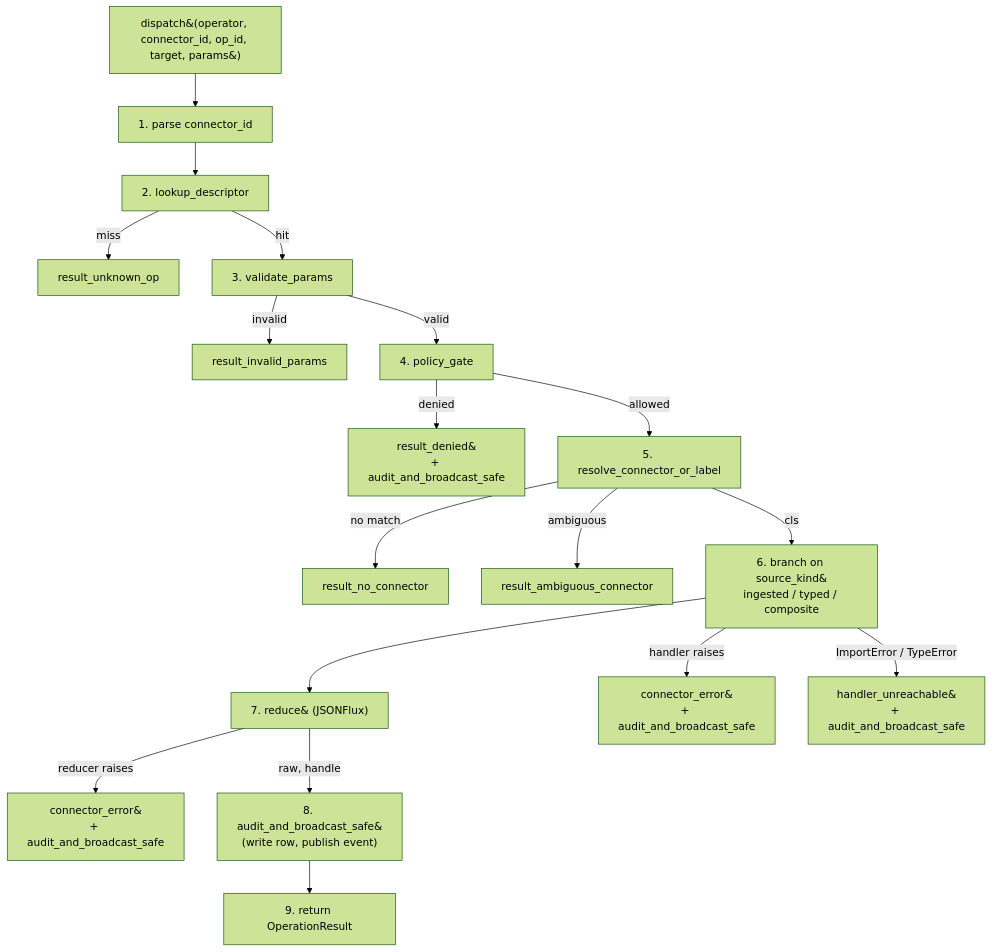
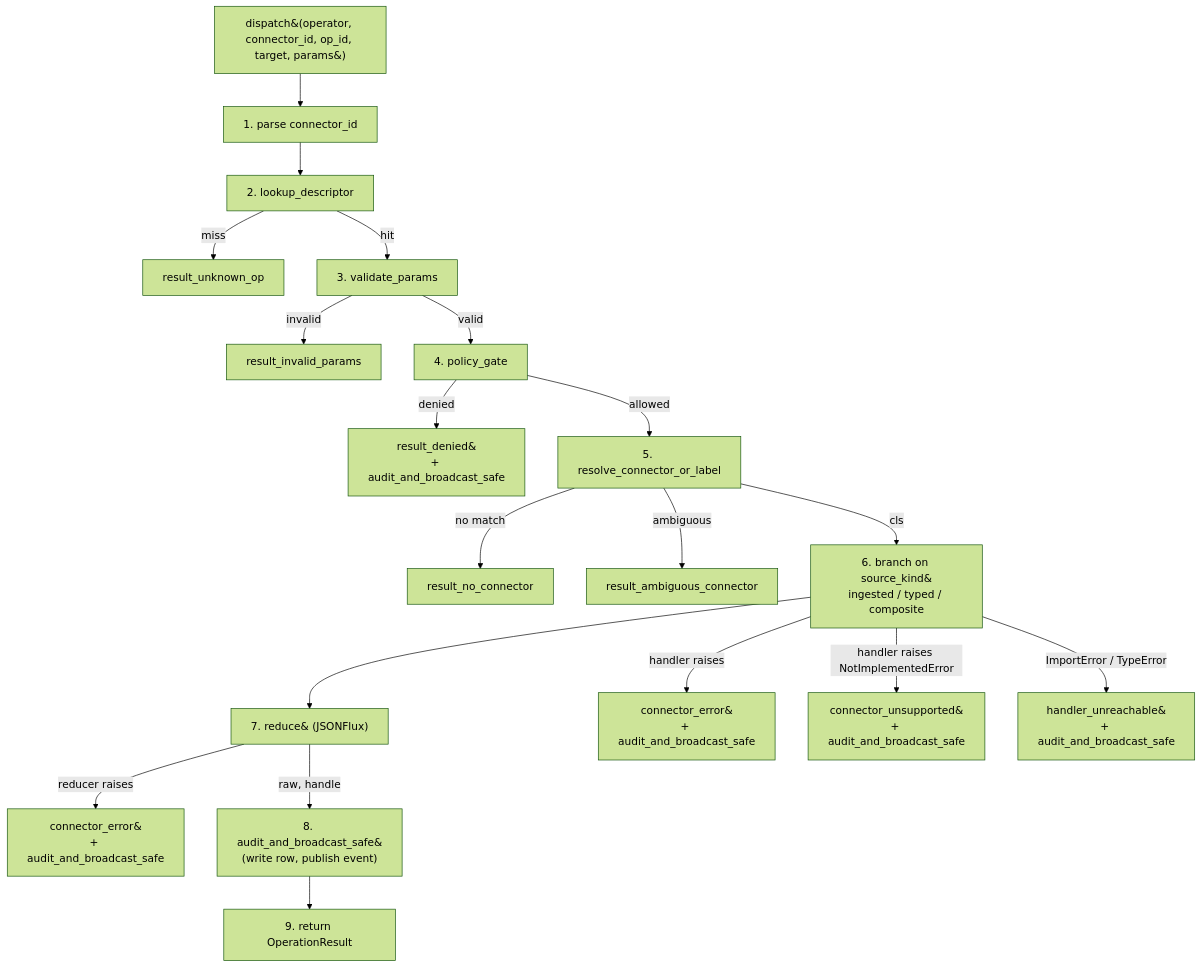
One commit to evoila/meho changed the diagram in docs/architecture/operations-substrate.md. Above: the diagram before and after it, drawn with Mermaid (forest theme). The commit also changed other lines of this file and 5 other files, not shown here.

````diff
--- a/docs/architecture/operations-substrate.md
+++ b/docs/architecture/operations-substrate.md
@@ -190,20 +190,21 @@
 ```mermaid
 flowchart TD
     A[dispatch&#40;operator, connector_id, op_id, target, params&#41;] --> B[1. parse connector_id]
     B --> C[2. lookup_descriptor]
     C -->|miss| Z1[result_unknown_op]
     C -->|hit| D[3. validate_params]
     D -->|invalid| Z2[result_invalid_params]
     D -->|valid| E[4. policy_gate]
     E -->|denied| Z3["result_denied&#10;+ audit_and_broadcast_safe"]
     E -->|allowed| F["5. resolve_connector_or_label"]
     F -->|no match| Z4[result_no_connector]
     F -->|ambiguous| Z4a[result_ambiguous_connector]
     F -->|cls| G["6. branch on source_kind&#10;ingested / typed / composite"]
     G --> H["7. reduce&#10;(JSONFlux)"]
     H -->|reducer raises| Z5["connector_error&#10;+ audit_and_broadcast_safe"]
     H -->|raw, handle| I["8. audit_and_broadcast_safe&#10;(write row, publish event)"]
     I --> J[9. return OperationResult]
     G -->|handler raises| Z6["connector_error&#10;+ audit_and_broadcast_safe"]
+    G -->|handler raises NotImplementedError| Z6a["connector_unsupported&#10;+ audit_and_broadcast_safe"]
     G -->|ImportError / TypeError| Z7["handler_unreachable&#10;+ audit_and_broadcast_safe"]
 ```
````
